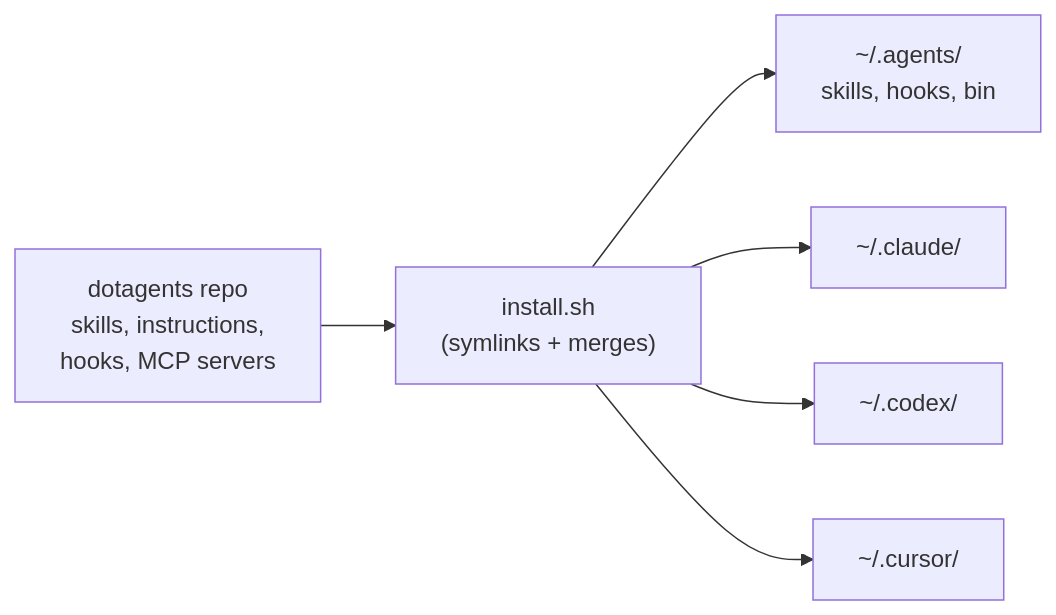
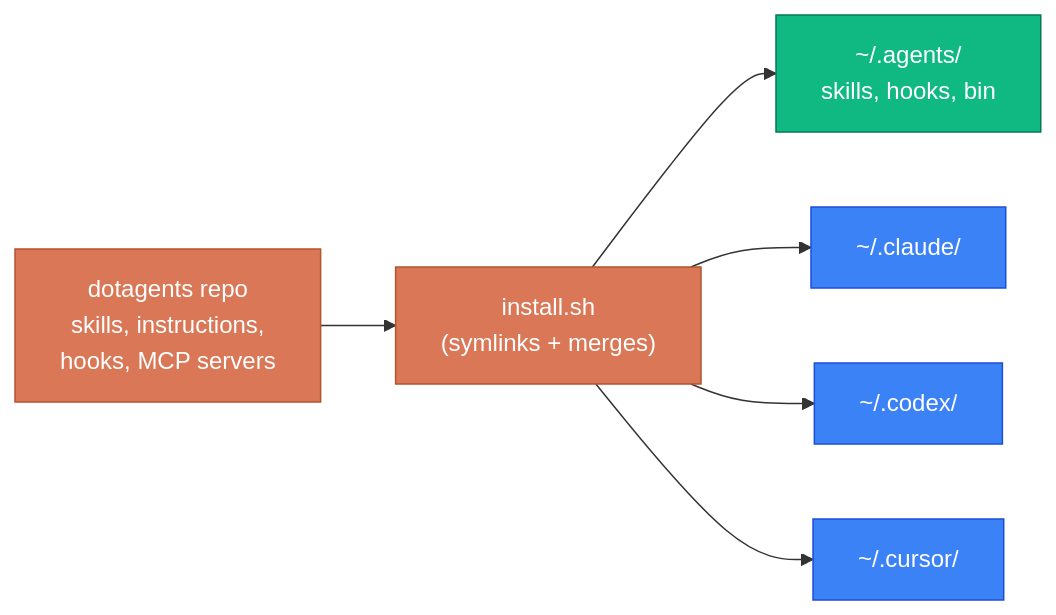
Before and after one commit to rpvsilva/dotagents: the diagram in README.md, drawn with Mermaid. The commit also changed other lines of this file and 5 other files, not shown here.

````diff
--- a/README.md
+++ b/README.md
@@ -7,13 +25,19 @@
 ```mermaid
 flowchart LR
   repo["dotagents repo<br/>skills, instructions,<br/>hooks, MCP servers"]
   install["install.sh<br/>(symlinks + merges)"]
   shared["~/.agents/<br/>skills, hooks, bin"]
   claude["~/.claude/"]
   codex["~/.codex/"]
   cursor["~/.cursor/"]
   repo --> install --> shared
   install --> claude
   install --> codex
   install --> cursor
+  classDef src fill:#D97757,stroke:#B4532F,color:#fff
+  classDef tool fill:#3B82F6,stroke:#1D4ED8,color:#fff
+  classDef hub fill:#10B981,stroke:#047857,color:#fff
+  class repo,install src
+  class shared hub
+  class claude,codex,cursor tool
 ```
````
